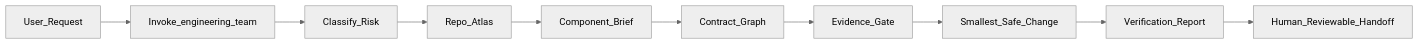
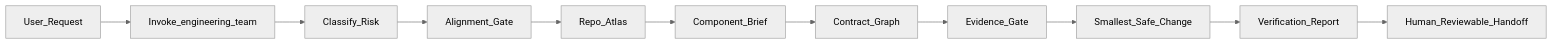
One commit to daeon/EngineeringTeam changed the diagram in README.md. Above: the diagram before and after it, drawn with Mermaid (neutral theme). The commit also changed other lines of this file and 21 other files, not shown here.

First line of the commit message:
Add alignment audit gate, TDD discipline, diagnosis loop, and domain context references

````diff
--- a/README.md
+++ b/README.md
@@ -33,12 +33,13 @@
 ```mermaid
 flowchart LR
     userRequest[User_Request] --> invokeSkill[Invoke_engineering_team]
     invokeSkill --> classify[Classify_Risk]
-    classify --> mapRepo[Repo_Atlas]
+    classify --> align[Alignment_Gate]
+    align --> mapRepo[Repo_Atlas]
     mapRepo --> componentBrief[Component_Brief]
     componentBrief --> contractGraph[Contract_Graph]
     contractGraph --> evidenceGate[Evidence_Gate]
     evidenceGate --> implement[Smallest_Safe_Change]
     implement --> verify[Verification_Report]
     verify --> handoff[Human_Reviewable_Handoff]
 ```
````
